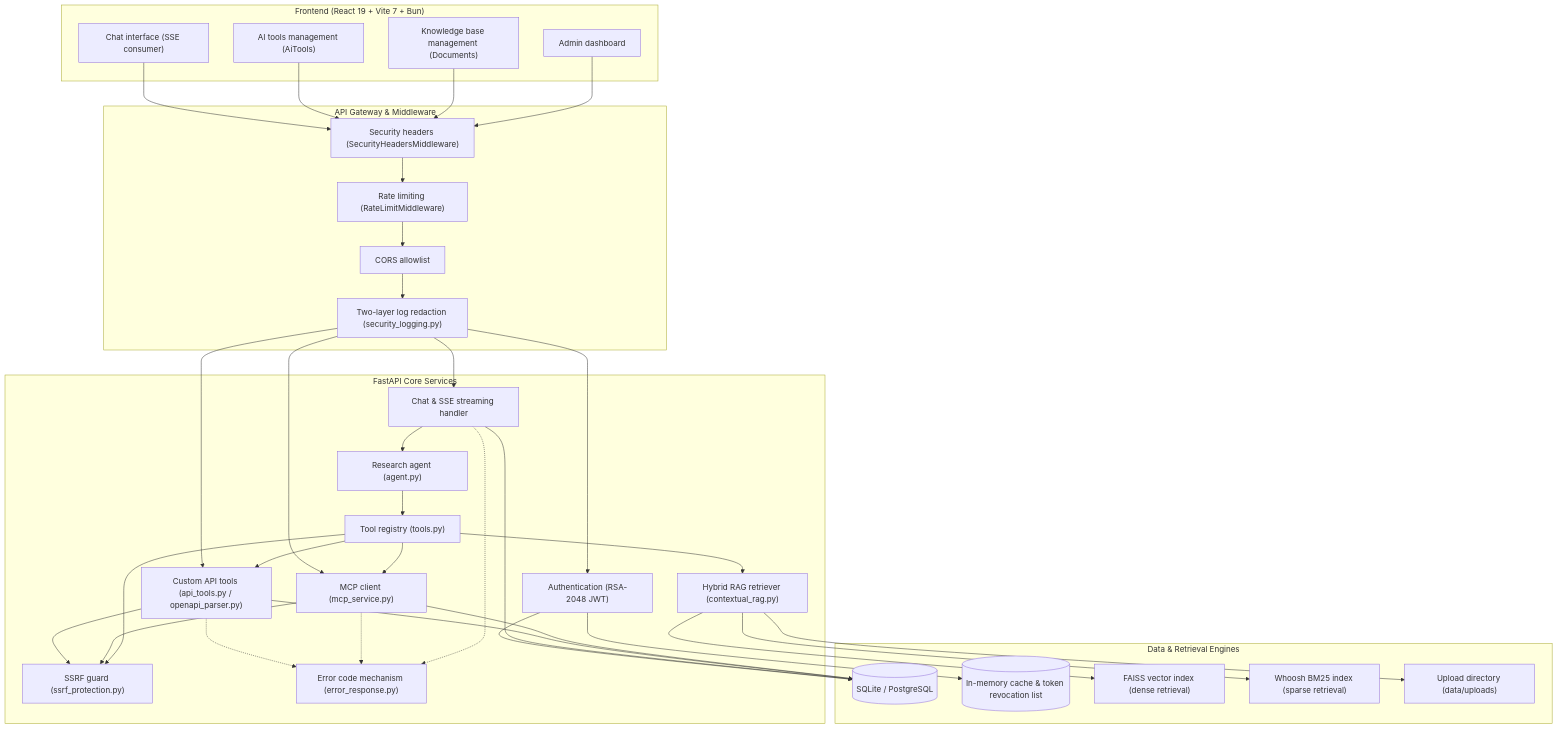
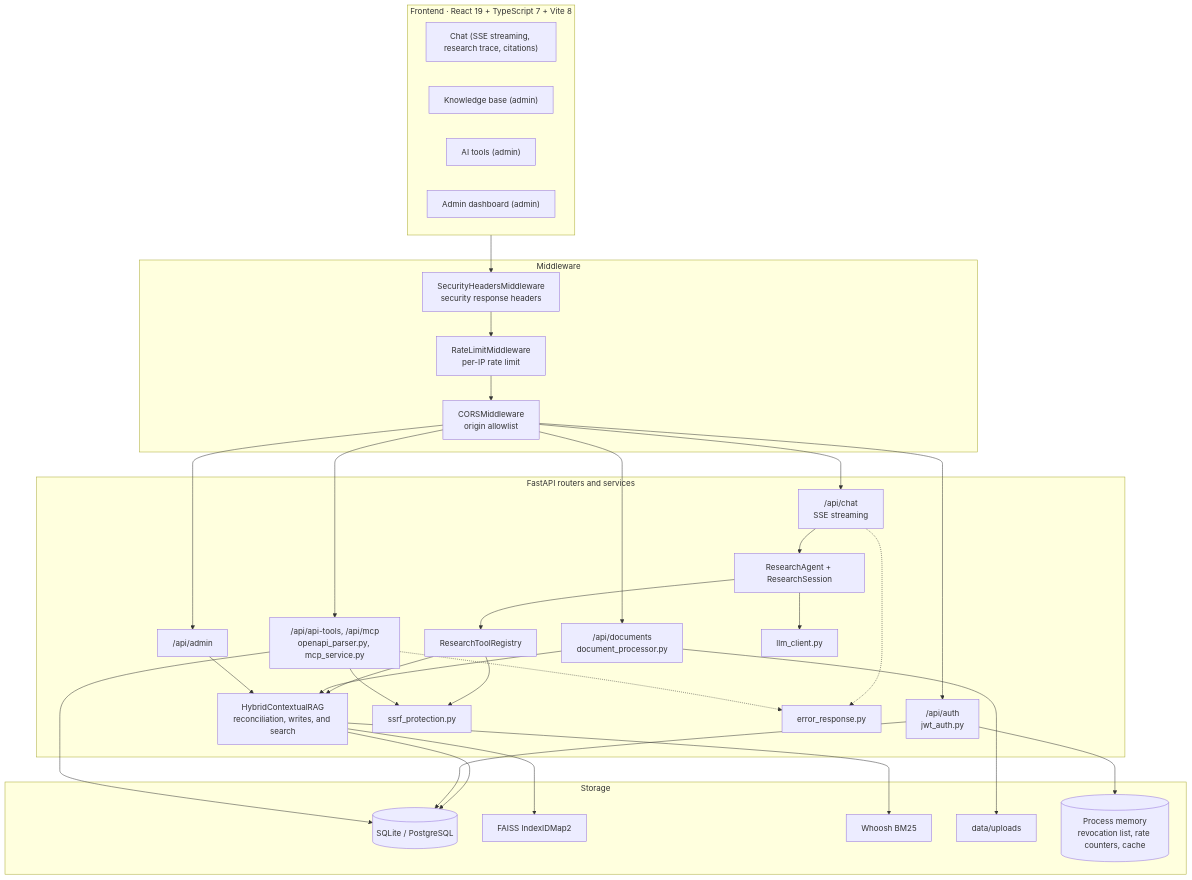
Before and after one commit to Scorpio-meow/AskMiao: the first of 9 diagrams in docs/architecture_en.md, drawn with Mermaid. The commit also changed other lines of this file and 32 other files, not shown here.

````diff
--- a/docs/architecture_en.md
+++ b/docs/architecture_en.md
@@ -13,67 +30,55 @@
 ```mermaid
 flowchart TB
-    subgraph Client ["Frontend (React 19 + Vite 7 + Bun)"]
-        UI["Chat interface (SSE consumer)"]
-        ToolsUI["AI tools management (AiTools)"]
-        DocsUI["Knowledge base management (Documents)"]
-        AdminUI["Admin dashboard"]
+    subgraph Client ["Frontend · React 19 + TypeScript 7 + Vite 8"]
+        ChatUI["Chat (SSE streaming, research trace, citations)"]
+        DocsUI["Knowledge base (admin)"]
+        ToolsUI["AI tools (admin)"]
+        AdminUI["Admin dashboard (admin)"]
     end
 
-    subgraph Gateway ["API Gateway & Middleware"]
-        SecHeaders["Security headers (SecurityHeadersMiddleware)"]
-        RateLimit["Rate limiting (RateLimitMiddleware)"]
-        CORS["CORS allowlist"]
-        Redact["Two-layer log redaction (security_logging.py)"]
+    subgraph Gateway ["Middleware"]
+        SecHeaders["SecurityHeadersMiddleware<br/>security response headers"]
+        RateLimit["RateLimitMiddleware<br/>per-IP rate limit"]
+        CORS["CORSMiddleware<br/>origin allowlist"]
     end
 
-    subgraph Backend ["FastAPI Core Services"]
-        AuthModule["Authentication (RSA-2048 JWT)"]
-        ChatModule["Chat & SSE streaming handler"]
-        RAGModule["Hybrid RAG retriever (contextual_rag.py)"]
-        AgentModule["Research agent (agent.py)"]
-        ToolModule["Tool registry (tools.py)"]
-        ApiToolModule["Custom API tools (api_tools.py / openapi_parser.py)"]
-        McpModule["MCP client (mcp_service.py)"]
-        SSRFGuard["SSRF guard (ssrf_protection.py)"]
-        ErrModule["Error code mechanism (error_response.py)"]
+    subgraph Backend ["FastAPI routers and services"]
+        AuthAPI["/api/auth<br/>jwt_auth.py"]
+        ChatAPI["/api/chat<br/>SSE streaming"]
+        DocAPI["/api/documents<br/>document_processor.py"]
+        ToolAPI["/api/api-tools, /api/mcp<br/>openapi_parser.py, mcp_service.py"]
+        AdminAPI["/api/admin"]
+        RAG["HybridContextualRAG<br/>reconciliation, writes, and search"]
+        Agent["ResearchAgent + ResearchSession"]
+        Registry["ResearchToolRegistry"]
+        LLM["llm_client.py"]
+        SSRF["ssrf_protection.py"]
+        Err["error_response.py"]
     end
 
-    subgraph Storage ["Data & Retrieval Engines"]
-        DB[(SQLite / PostgreSQL)]
-        MemCache[("In-memory cache & token revocation list")]
-        FAISSIndex["FAISS vector index (dense retrieval)"]
-        BM25Index["Whoosh BM25 index (sparse retrieval)"]
-        Uploads["Upload directory (data/uploads)"]
+    subgraph Storage ["Storage"]
+        DB[("SQLite / PostgreSQL")]
+        FAISS["FAISS IndexIDMap2"]
+        BM25["Whoosh BM25"]
+        Files["data/uploads"]
+        Mem[("Process memory<br/>revocation list, rate counters, cache")]
     end
 
-    UI --> SecHeaders
-    ToolsUI --> SecHeaders
-    DocsUI --> SecHeaders
-    AdminUI --> SecHeaders
-    SecHeaders --> RateLimit --> CORS --> Redact
-    Redact --> AuthModule
-    Redact --> ChatModule
-    Redact --> ApiToolModule
-    Redact --> McpModule
-
-    ChatModule --> AgentModule
-    AgentModule --> ToolModule
-    ToolModule --> RAGModule
-    ToolModule --> ApiToolModule
-    ToolModule --> McpModule
-    ApiToolModule --> SSRFGuard
-    McpModule --> SSRFGuard
-    ToolModule --> SSRFGuard
-
-    AuthModule --> DB
-    AuthModule --> MemCache
-    ChatModule --> DB
-    ApiToolModule --> DB
-    McpModule --> DB
-    RAGModule --> FAISSIndex
-    RAGModule --> BM25Index
-    RAGModule --> Uploads
-    ApiToolModule -.-> ErrModule
-    McpModule -.-> ErrModule
-    ChatModule -.-> ErrModule
+    Client --> SecHeaders --> RateLimit --> CORS
+    CORS --> AuthAPI & ChatAPI & DocAPI & ToolAPI & AdminAPI
+    ChatAPI --> Agent --> Registry
+    Agent --> LLM
+    Registry --> RAG
+    Registry --> SSRF
+    ToolAPI --> SSRF
+    DocAPI --> RAG
+    AdminAPI --> RAG
+    RAG --> FAISS & BM25
+    RAG --> DB
+    DocAPI --> Files
+    AuthAPI --> DB
+    AuthAPI --> Mem
+    ToolAPI --> DB
+    ChatAPI -.-> Err
+    ToolAPI -.-> Err
 ```
````
